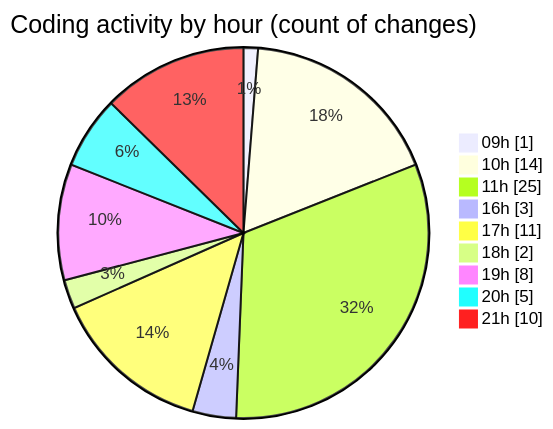
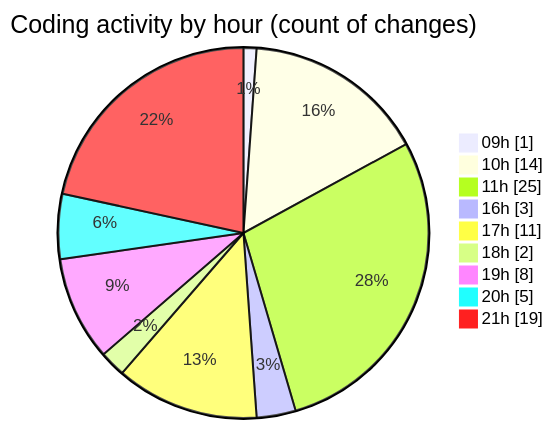
The second of 2 diagrams in 2025-05-07/niten/README.md (Elitesun/code-tracking), drawn with Mermaid before and after one commit. The commit also changed other lines of this file and 1 other file, not shown here.

````diff
--- a/2025-05-07/niten/README.md
+++ b/2025-05-07/niten/README.md
@@ -56,13 +59,13 @@
 ```mermaid
 pie showData
 title Coding activity by hour (count of changes)
 "09h" : 1
 "10h" : 14
 "11h" : 25
 "16h" : 3
 "17h" : 11
 "18h" : 2
 "19h" : 8
 "20h" : 5
-"21h" : 10
+"21h" : 19
 ```
````
